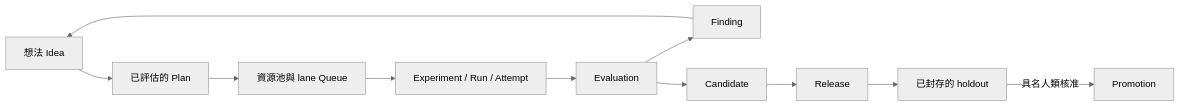
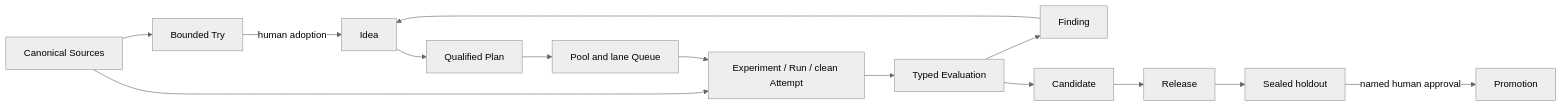
The diagram in docs/index.zh-TW.md (daviddwlee84/exp-cli), drawn with Mermaid (neutral theme) before and after one commit. The commit also changed other lines of this file and 262 other files, not shown here.

````diff
--- a/docs/index.zh-TW.md
+++ b/docs/index.zh-TW.md
@@ -16,13 +12,16 @@
 ```mermaid
 flowchart LR
-  I[想法 Idea] --> P[已評估的 Plan]
-  P --> Q[資源池與 lane Queue]
-  Q --> X[Experiment / Run / Attempt]
-  X --> E[Evaluation]
+  S[Canonical Sources] --> T[Bounded Try]
+  T -->|human adoption| I[Idea]
+  S --> X
+  I --> P[Qualified Plan]
+  P --> Q[Pool and lane Queue]
+  Q --> X[Experiment / Run / clean Attempt]
+  X --> E[Typed Evaluation]
   E --> F[Finding]
   F --> I
   E --> C[Candidate]
   C --> R[Release]
-  R --> H[已封存的 holdout]
-  H -->|具名人類核准| M[Promotion]
+  R --> H[Sealed holdout]
+  H -->|named human approval| M[Promotion]
 ```
````
